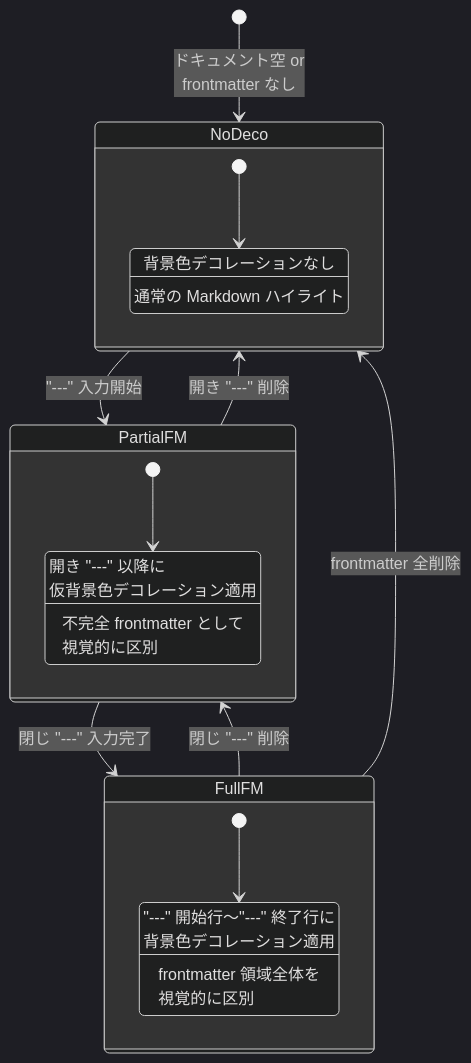
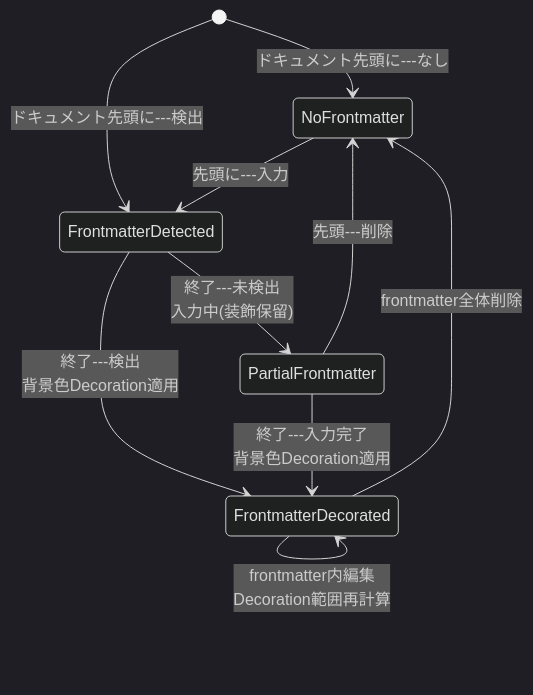
Before and after one commit to dev-komenzar/prompt-notes: the third of 3 diagrams in docs/detailed_design/editor_clipboard_design.md, drawn with Mermaid (dark theme). The commit also changed other lines of this file and 6 other files, not shown here.

````diff
--- a/docs/detailed_design/editor_clipboard_design.md
+++ b/docs/detailed_design/editor_clipboard_design.md
@@ -215,28 +173,16 @@
 ```mermaid
 stateDiagram-v2
-    [*] --> NoDeco: ドキュメント空 or<br/>frontmatter なし
+    [*] --> NoFrontmatter: ドキュメント先頭に---なし
+    [*] --> FrontmatterDetected: ドキュメント先頭に---検出
 
-    NoDeco --> PartialFM: "---" 入力開始
-    PartialFM --> FullFM: 閉じ "---" 入力完了
-    FullFM --> PartialFM: 閉じ "---" 削除
-    PartialFM --> NoDeco: 開き "---" 削除
-    FullFM --> NoDeco: frontmatter 全削除
+    FrontmatterDetected --> FrontmatterDecorated: 終了---検出<br/>背景色Decoration適用
+    FrontmatterDetected --> PartialFrontmatter: 終了---未検出<br/>入力中(装飾保留)
 
-    state NoDeco {
-        [*] --> NoDecoration
-        NoDecoration: 背景色デコレーションなし
-        NoDecoration: 通常の Markdown ハイライト
-    }
+    PartialFrontmatter --> FrontmatterDecorated: 終了---入力完了<br/>背景色Decoration適用
+    PartialFrontmatter --> NoFrontmatter: 先頭---削除
 
-    state PartialFM {
-        [*] --> PartialDecoration
-        PartialDecoration: 開き "---" 以降に<br/>仮背景色デコレーション適用
-        PartialDecoration: 不完全 frontmatter として<br/>視覚的に区別
-    }
+    FrontmatterDecorated --> NoFrontmatter: frontmatter全体削除
+    FrontmatterDecorated --> FrontmatterDecorated: frontmatter内編集<br/>Decoration範囲再計算
 
-    state FullFM {
-        [*] --> FullDecoration
-        FullDecoration: "---" 開始行〜"---" 終了行に<br/>背景色デコレーション適用
-        FullDecoration: frontmatter 領域全体を<br/>視覚的に区別
-    }
+    NoFrontmatter --> FrontmatterDetected: 先頭に---入力
 ```
````
